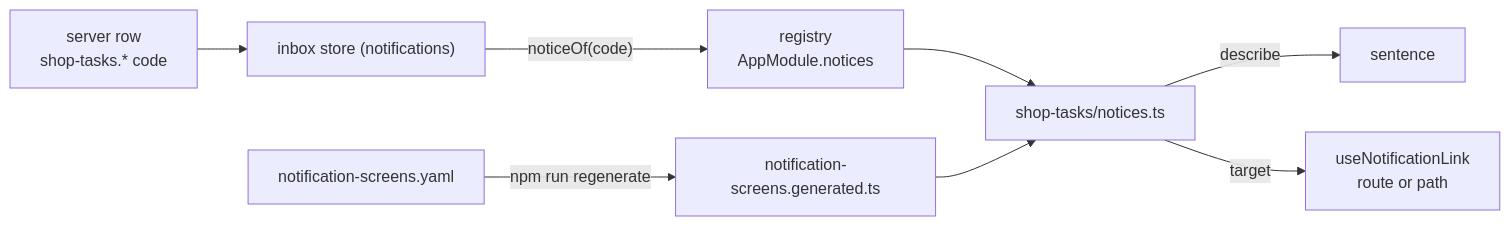
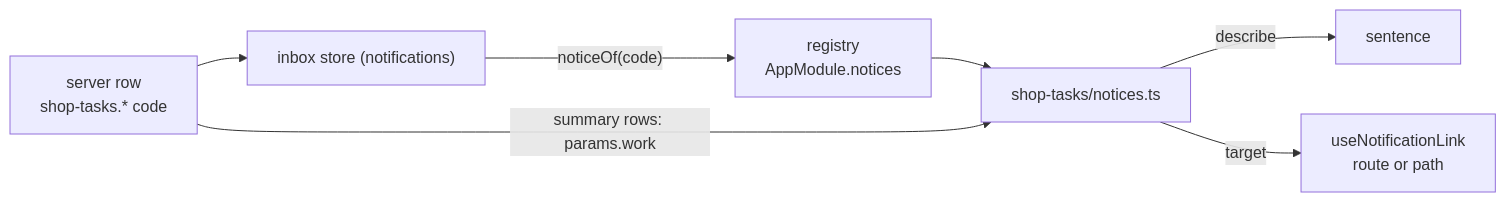
One commit to Guebbit/boilerplate-vue-frontend changed the diagram in docs/modules/shop-tasks.md. Above: the diagram before and after it, drawn with Mermaid. The commit also changed other lines of this file and 14 other files, not shown here.

First line of the commit message:
feat(shop-tasks): open the filtered list a summary row names in params.work

````diff
--- a/docs/modules/shop-tasks.md
+++ b/docs/modules/shop-tasks.md
@@ -36,10 +36,9 @@
 ```mermaid
 flowchart LR
     S["server row<br/>shop-tasks.* code"] --> I["inbox store (notifications)"]
     I -->|"noticeOf(code)"| R["registry<br/>AppModule.notices"]
     R --> N["shop-tasks/notices.ts"]
     N -->|"describe"| T["sentence"]
     N -->|"target"| L["useNotificationLink<br/>route or path"]
-    Y["notification-screens.yaml"] -->|"npm run regenerate"| G["notification-screens.generated.ts"]
-    G --> N
+    S -->|"summary rows: params.work"| N
 ```
````
